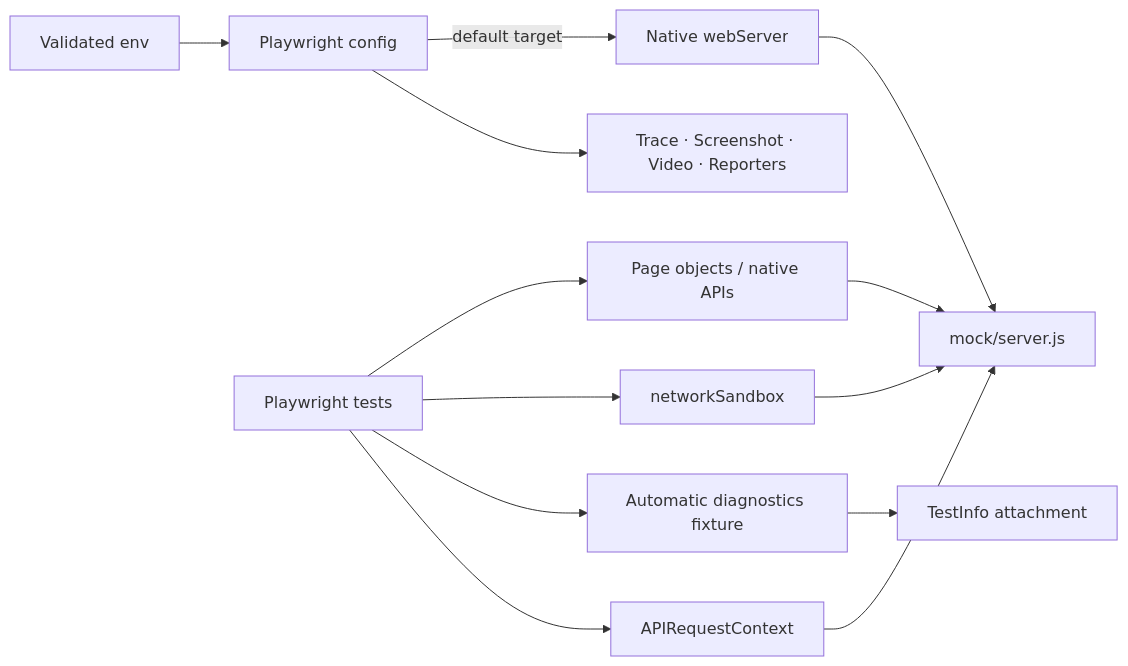
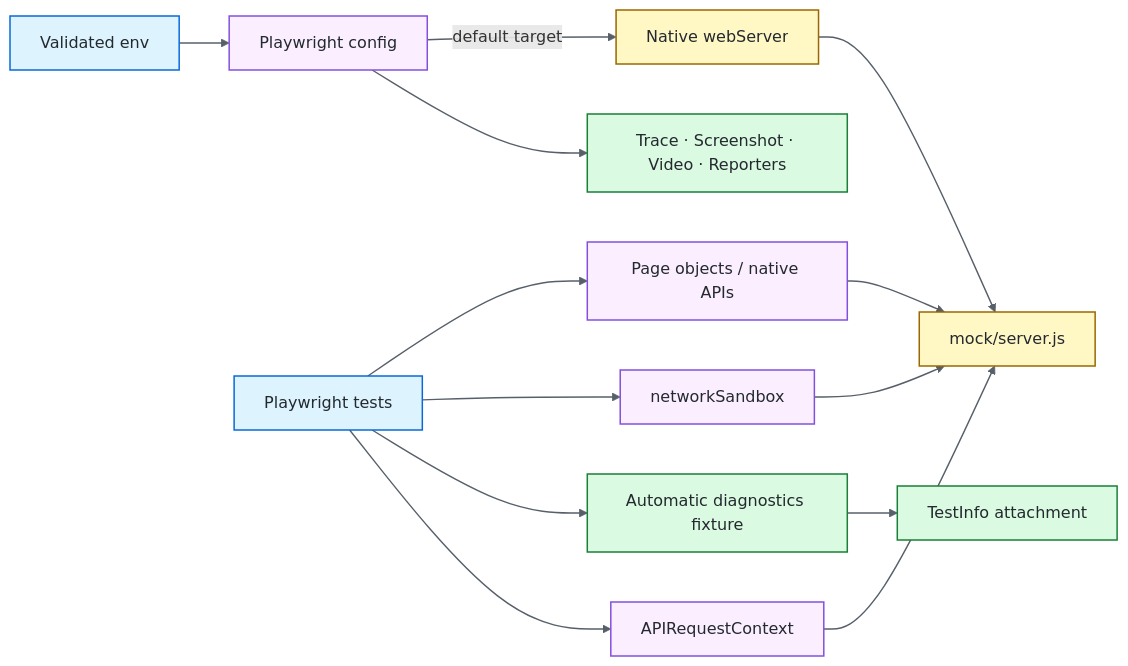
One commit to portyu9/qa-automation-node-playwright changed the diagram in docs/ARCHITECTURE.md. Above: the diagram before and after it, drawn with Mermaid.

Commit message:
docs: color-code Playwright architecture diagram

````diff
--- a/docs/ARCHITECTURE.md
+++ b/docs/ARCHITECTURE.md
@@ -7,15 +7,25 @@
 ```mermaid
 flowchart LR
     CFG[Validated env] --> PW[Playwright config]
     PW -->|default target| WS[Native webServer]
     WS --> FIX[mock/server.js]
     TEST[Playwright tests] --> PAGE[Page objects / native APIs]
     TEST --> NET[networkSandbox]
     TEST --> DIAG[Automatic diagnostics fixture]
     TEST --> REQ[APIRequestContext]
     PAGE --> FIX
     NET --> FIX
     REQ --> FIX
     DIAG --> ATT[TestInfo attachment]
     PW --> NATIVE[Trace · Screenshot · Video · Reporters]
+
+    classDef entry fill:#DDF4FF,stroke:#0969DA,color:#24292F,stroke-width:1.5px;
+    classDef policy fill:#FBEFFF,stroke:#8250DF,color:#24292F,stroke-width:1.5px;
+    classDef runtime fill:#FFF8C5,stroke:#9A6700,color:#24292F,stroke-width:1.5px;
+    classDef evidence fill:#DAFBE1,stroke:#1A7F37,color:#24292F,stroke-width:1.5px;
+    class CFG,TEST entry;
+    class PW,PAGE,NET,REQ policy;
+    class WS,FIX runtime;
+    class DIAG,ATT,NATIVE evidence;
+    linkStyle default stroke:#57606A,stroke-width:1.4px;
 ```
````
